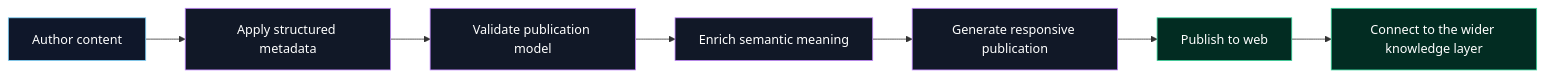
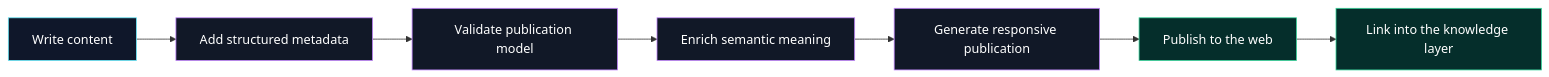
The first of 2 diagrams in index.md (web4hub/web4-publisher), drawn with Mermaid before and after one commit. The commit also changed other lines of this file, not shown here.

````diff
--- a/index.md
+++ b/index.md
@@ -65,17 +65,17 @@
 ```mermaid
 flowchart LR
-    A[Author content] --> B[Apply structured metadata]
+    A[Write content] --> B[Add structured metadata]
     B --> C[Validate publication model]
     C --> D[Enrich semantic meaning]
     D --> E[Generate responsive publication]
-    E --> F[Publish to web]
-    F --> G[Connect to the wider knowledge layer]
+    E --> F[Publish to the web]
+    F --> G[Link into the knowledge layer]
 
-    classDef author fill:#0f172a,stroke:#7dd3fc,color:#fff
+    classDef author fill:#0f172a,stroke:#67e8f9,color:#fff
     classDef process fill:#111827,stroke:#c084fc,color:#fff
-    classDef publish fill:#022c22,stroke:#34d399,color:#fff
+    classDef publish fill:#052e2b,stroke:#34d399,color:#fff
 
     class A author
     class B,C,D,E process
     class F,G publish
 ```
````
